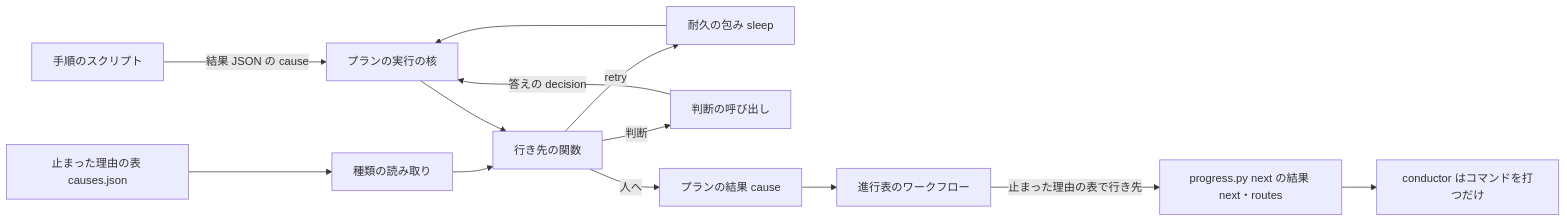
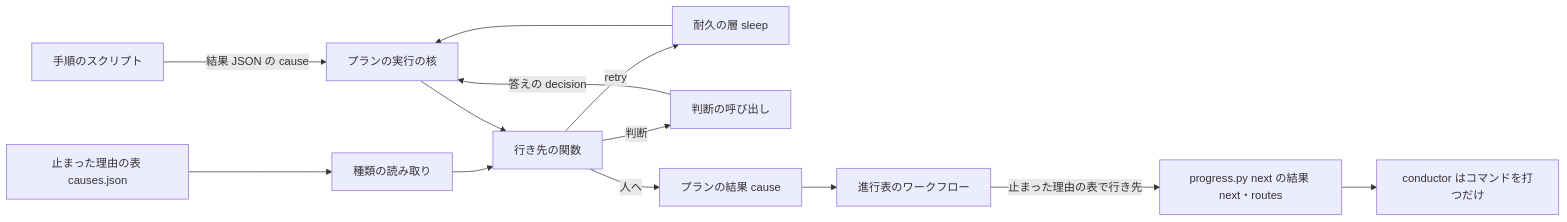
One commit to devbasex/ai-plugins changed the first of 2 diagrams in issues/issue-1142-design-scripted-flow.md. Above: the diagram before and after it, drawn with Mermaid. The commit also changed other lines of this file and 9 other files, not shown here.

First line of the commit message:
Docs: #1142 の文書を組み直し、語を用語集と業界の語へ直す（頭・要求・smells・data・scripted-flow・dbos・libraries）

````diff
--- a/issues/issue-1142-design-scripted-flow.md
+++ b/issues/issue-1142-design-scripted-flow.md
@@ -238,15 +253,15 @@
 ```mermaid
 graph LR
     S[手順のスクリプト] -->|結果 JSON の cause| E[プランの実行の核]
     T[止まった理由の表 causes.json] --> C[種類の読み取り]
     C --> R[行き先の関数]
     E --> R
-    R -->|retry| D[耐久の包み sleep]
+    R -->|retry| D[耐久の層 sleep]
     D --> E
     R -->|判断| J[判断の呼び出し]
     J -->|答えの decision| E
     R -->|人へ| P[プランの結果 cause]
     P --> W[進行表のワークフロー]
     W -->|止まった理由の表で行き先| N[progress.py next の結果 next・routes]
     N --> K[conductor はコマンドを打つだけ]
 ```
````
